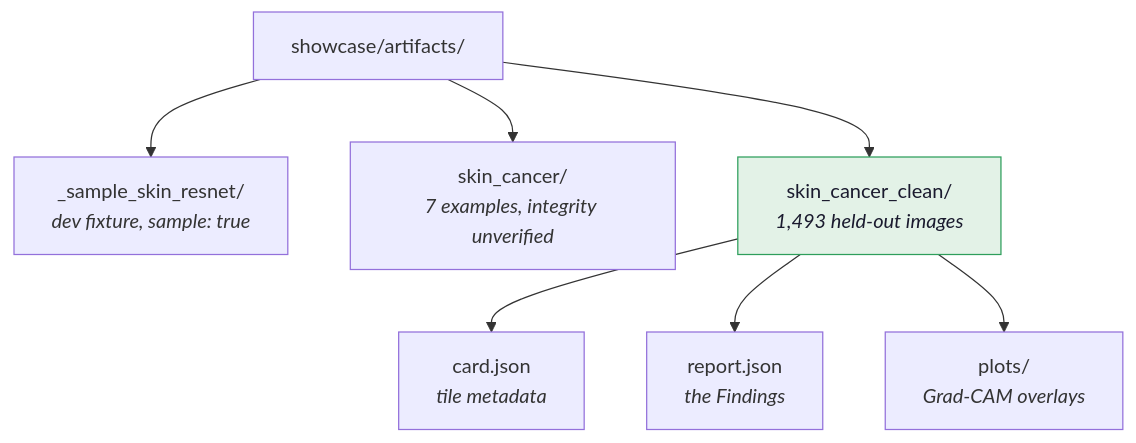
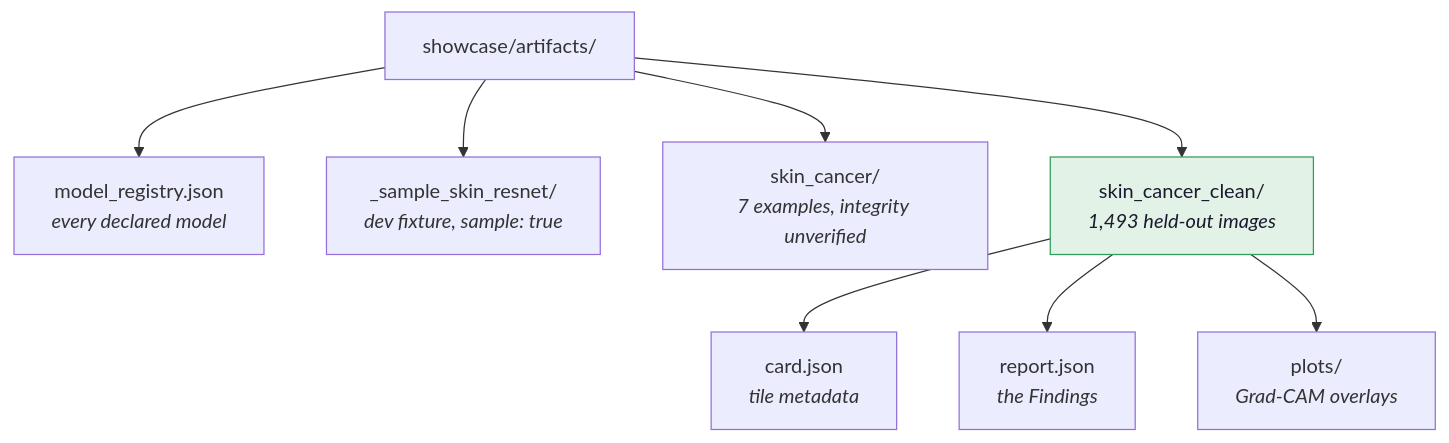
The fifth of 5 diagrams in docs/data-model.md (sabrinahartung/verifai-medical), drawn with Mermaid before and after one commit. The commit also changed other lines of this file and 34 other files, not shown here.

````diff
--- a/docs/data-model.md
+++ b/docs/data-model.md
@@ -220,11 +220,12 @@
 ```mermaid
 flowchart TB
     A["showcase/artifacts/"]
+    A --> R["model_registry.json<br/><i>every declared model</i>"]
     A --> B["_sample_skin_resnet/<br/><i>dev fixture, sample: true</i>"]
     A --> C["skin_cancer/<br/><i>7 examples, integrity unverified</i>"]
     A --> D["skin_cancer_clean/<br/><i>1,493 held-out images</i>"]
     D --> D1["card.json<br/><i>tile metadata</i>"]
     D --> D2["report.json<br/><i>the Findings</i>"]
     D --> D3["plots/<br/><i>Grad-CAM overlays</i>"]
     style D fill:#E3F2E7,stroke:#2E9E5B,color:#1a1a2e
 ```
````
